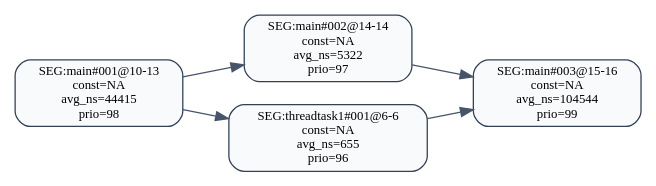
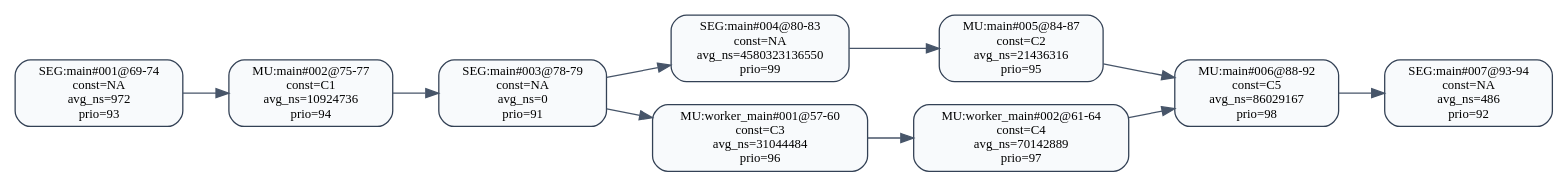
One commit to RTS-SYSU/DAG-Gen changed the diagram in 中间结果/simple/pipeline/validation/level2/effective_line_merge/wcet_first/dag_seg_annotated.dot. Above: the diagram before and after it, drawn with Graphviz. The commit also changed 3421 other files, not shown here.

```diff
--- a/中间结果/simple/pipeline/validation/level2/effective_line_merge/wcet_first/dag_seg_annotated.dot
+++ b/中间结果/simple/pipeline/validation/level2/effective_line_merge/wcet_first/dag_seg_annotated.dot
@@ -1,13 +1,23 @@
 digraph dag_seg_annotated {
   rankdir=LR;
   node [shape=box, style="rounded,filled", fillcolor="#F8FAFC", color="#334155", fontsize=10];
   edge [color="#475569"];
-  "SEG:main#001@10-13" [label="SEG:main#001@10-13\nconst=NA\navg_ns=44415\nprio=98"];
-  "SEG:main#002@14-14" [label="SEG:main#002@14-14\nconst=NA\navg_ns=5322\nprio=97"];
-  "SEG:main#003@15-16" [label="SEG:main#003@15-16\nconst=NA\navg_ns=104544\nprio=99"];
-  "SEG:threadtask1#001@6-6" [label="SEG:threadtask1#001@6-6\nconst=NA\navg_ns=655\nprio=96"];
-  "SEG:main#001@10-13" -> "SEG:main#002@14-14";
-  "SEG:main#002@14-14" -> "SEG:main#003@15-16";
-  "SEG:main#001@10-13" -> "SEG:threadtask1#001@6-6";
-  "SEG:threadtask1#001@6-6" -> "SEG:main#003@15-16";
+  "SEG:main#001@69-74" [label="SEG:main#001@69-74\nconst=NA\navg_ns=972\nprio=93"];
+  "MU:main#002@75-77" [label="MU:main#002@75-77\nconst=C1\navg_ns=10924736\nprio=94"];
+  "SEG:main#003@78-79" [label="SEG:main#003@78-79\nconst=NA\navg_ns=0\nprio=91"];
+  "SEG:main#004@80-83" [label="SEG:main#004@80-83\nconst=NA\navg_ns=4580323136550\nprio=99"];
+  "MU:main#005@84-87" [label="MU:main#005@84-87\nconst=C2\navg_ns=21436316\nprio=95"];
+  "MU:main#006@88-92" [label="MU:main#006@88-92\nconst=C5\navg_ns=86029167\nprio=98"];
+  "SEG:main#007@93-94" [label="SEG:main#007@93-94\nconst=NA\navg_ns=486\nprio=92"];
+  "MU:worker_main#001@57-60" [label="MU:worker_main#001@57-60\nconst=C3\navg_ns=31044484\nprio=96"];
+  "MU:worker_main#002@61-64" [label="MU:worker_main#002@61-64\nconst=C4\navg_ns=70142889\nprio=97"];
+  "MU:worker_main#001@57-60" -> "MU:worker_main#002@61-64";
+  "SEG:main#001@69-74" -> "MU:main#002@75-77";
+  "MU:main#002@75-77" -> "SEG:main#003@78-79";
+  "SEG:main#003@78-79" -> "SEG:main#004@80-83";
+  "SEG:main#004@80-83" -> "MU:main#005@84-87";
+  "MU:main#005@84-87" -> "MU:main#006@88-92";
+  "MU:main#006@88-92" -> "SEG:main#007@93-94";
+  "SEG:main#003@78-79" -> "MU:worker_main#001@57-60";
+  "MU:worker_main#002@61-64" -> "MU:main#006@88-92";
 }
```
